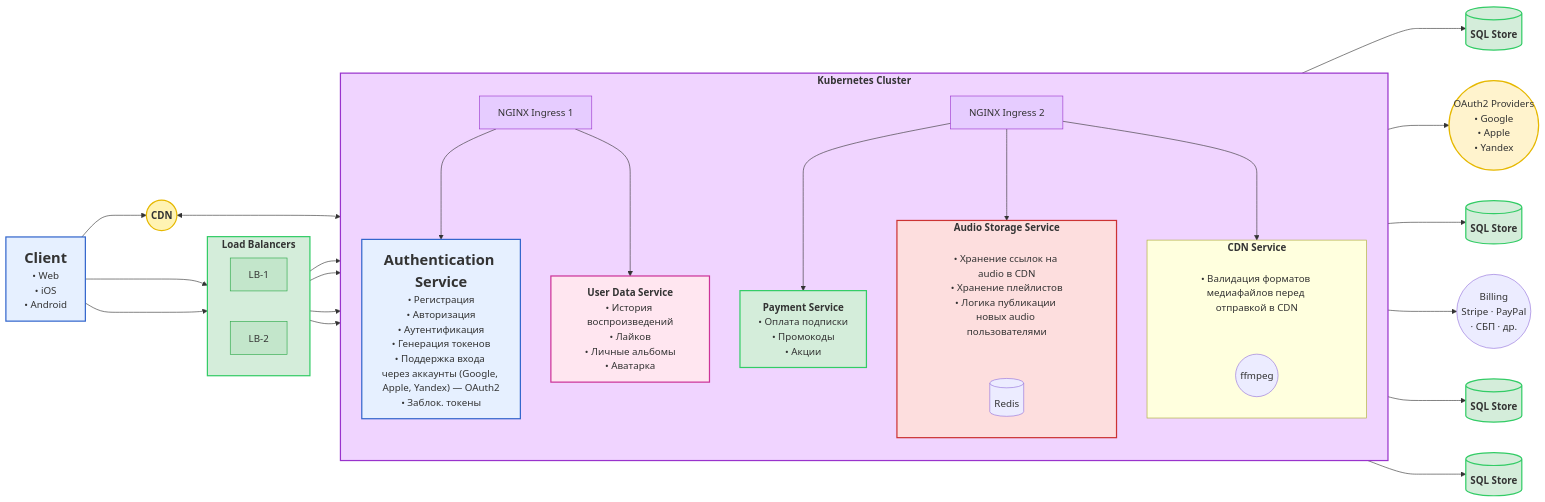
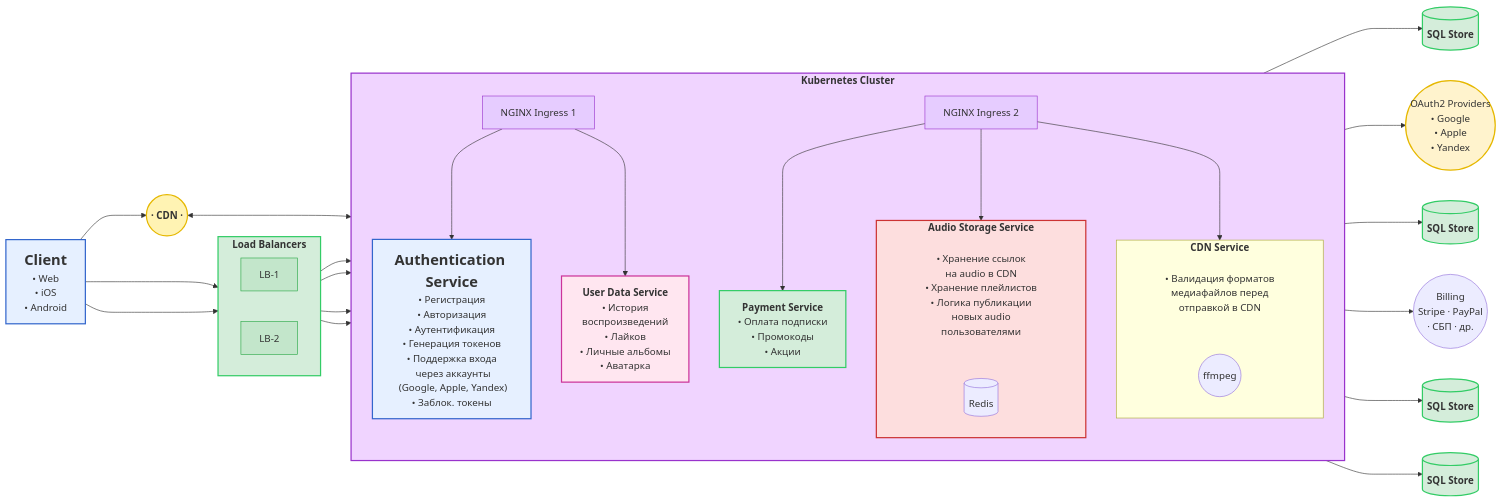
Before and after one commit to KmnPetr/SysDesign: the first of 3 diagrams in architecture.md, drawn with Mermaid. The commit also changed other lines of this file, not shown here.

```diff
--- a/architecture.md
+++ b/architecture.md
@@ -10,27 +10,27 @@
         LB2[LB-2]
     end
 
-    CDN(("<b>   </b><b>CDN</b><b>   </b>"))
+    CDN(("<b> ·   CDN   · </b>"))
 
     subgraph K8S["<b>Kubernetes Cluster</b>"]
         direction TB
         INGRESS1[NGINX Ingress 1]
         INGRESS2[NGINX Ingress 2]
 
-        AUTH["<b><font size='5'>Authentication Service</font></b><br/>• Регистрация<br/>• Авторизация<br/>• Аутентификация<br/>• Генерация токенов<br/>• Поддержка входа через аккаунты (Google, Apple, Yandex) — OAuth2<br/>• Заблок. токены"]
+        AUTH["<b><font size='5'>Authentication Service</font></b><br/>• Регистрация<br/>• Авторизация<br/>• Аутентификация<br/>• Генерация токенов<br/>• Поддержка входа<br/> через аккаунты<br/> (Google, Apple, Yandex)<br/>• Заблок. токены"]
         PAYMENT["<b>Payment Service</b><br/>• Оплата подписки<br/>• Промокоды<br/>• Акции"]
 
         subgraph MUSIC_STORAGE["<b>Audio Storage Service</b>"]
             direction LR
-            NOTE2["• Хранение ссылок на audio в CDN<br/>• Хранение плейлистов<br/>• Логика публикации новых audio пользователями"]
+            NOTE2["• Хранение ссылок<br/> на audio в CDN<br/>• Хранение плейлистов<br/>• Логика публикации<br/> новых audio<br/> пользователями"]
             REDIS[("Redis")]
         end
 
-        USER_DATA["<b>User Data Service</b><br/>• История воспроизведений<br/>• Лайков<br/>• Личные альбомы<br/>• Аватарка"]
+        USER_DATA["<b>User Data Service</b><br/>• История<br/> воспроизведений<br/>• Лайков<br/>• Личные альбомы<br/>• Аватарка"]
 
         subgraph CDN_SR["<b>CDN Service</b>"]
             direction LR
-            NOTE["• Валидация форматов медиафайлов перед отправкой в CDN"]
+            NOTE["• Валидация форматов<br/> медиафайлов перед<br/> отправкой в CDN"]
             FFMPEG(("ffmpeg"))
         end
     end
```
